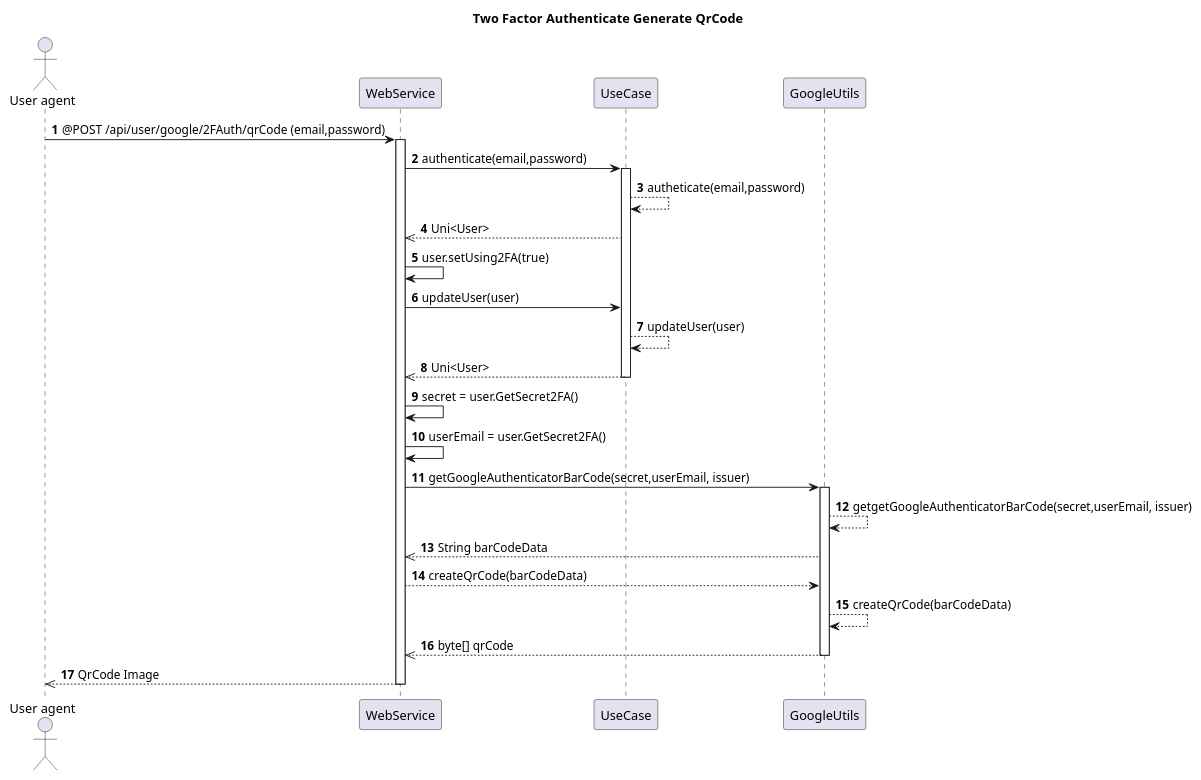
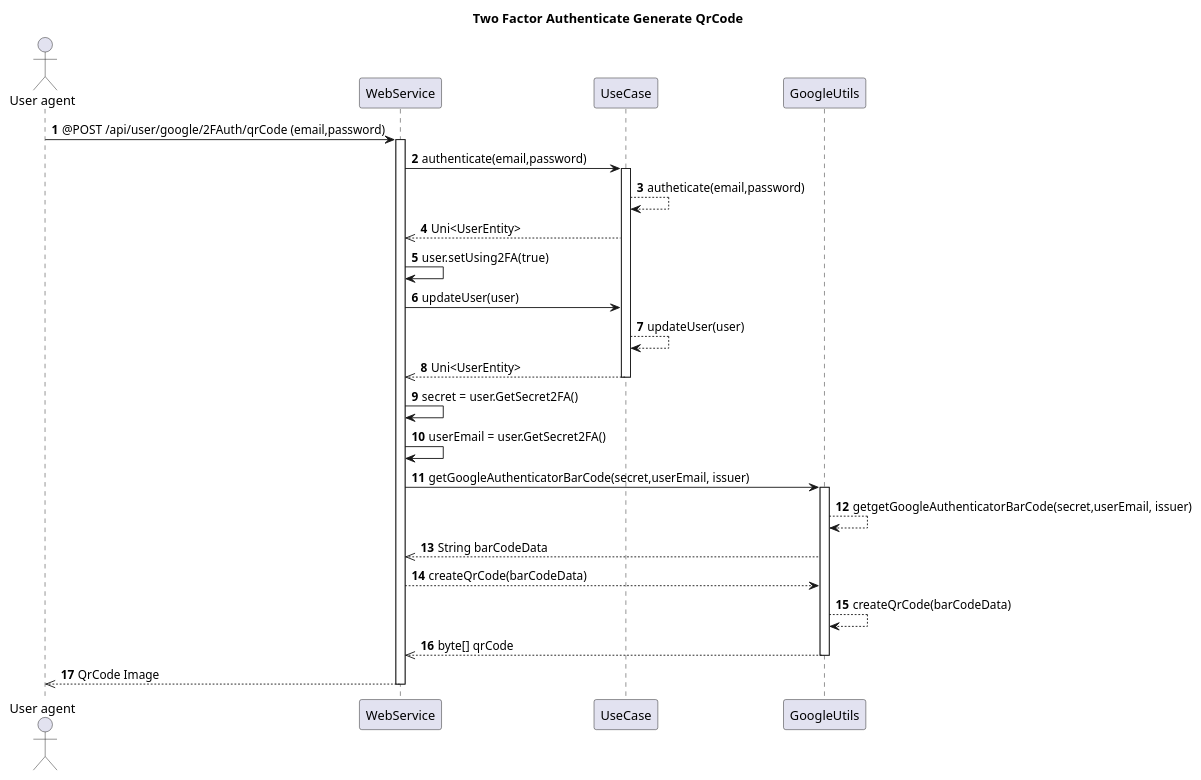
The diagram in docs/usecases/TwoFactorAuth/sequenceGenerateQrCode.puml (orion-services/users), drawn with PlantUML before and after one commit. The commit also changed 79 other files, not shown here.

Commit message:
Clean architecture refactor #53

```diff
--- a/docs/usecases/TwoFactorAuth/sequenceGenerateQrCode.puml
+++ b/docs/usecases/TwoFactorAuth/sequenceGenerateQrCode.puml
@@ -1,35 +1,35 @@
 @startuml
     title Two Factor Authenticate Generate QrCode
     actor "User agent" as user
     autonumber
 
     user -> WebService: @POST /api/user/google/2FAuth/qrCode (email,password)
     activate WebService
 
     WebService -> UseCase: authenticate(email,password)
     activate UseCase
 
     UseCase --> UseCase : autheticate(email,password)
-    UseCase -->> WebService : Uni<User>
+    UseCase -->> WebService : Uni<UserEntity>
 
     WebService -> WebService : user.setUsing2FA(true)
     WebService -> UseCase: updateUser(user)
 
     UseCase --> UseCase : updateUser(user)
-    UseCase -->> WebService: Uni<User>
+    UseCase -->> WebService: Uni<UserEntity>
     deactivate UseCase
 
     WebService -> WebService : secret = user.GetSecret2FA()
     WebService -> WebService : userEmail = user.GetSecret2FA()
     WebService -> GoogleUtils : getGoogleAuthenticatorBarCode(secret,userEmail, issuer)
     activate GoogleUtils
     GoogleUtils --> GoogleUtils : getgetGoogleAuthenticatorBarCode(secret,userEmail, issuer)
     GoogleUtils -->> WebService : String barCodeData
     WebService --> GoogleUtils : createQrCode(barCodeData)
     GoogleUtils --> GoogleUtils : createQrCode(barCodeData)
     GoogleUtils -->> WebService : byte[] qrCode
     deactivate GoogleUtils
 
     WebService -->> user : QrCode Image
     deactivate WebService
 @enduml
```
